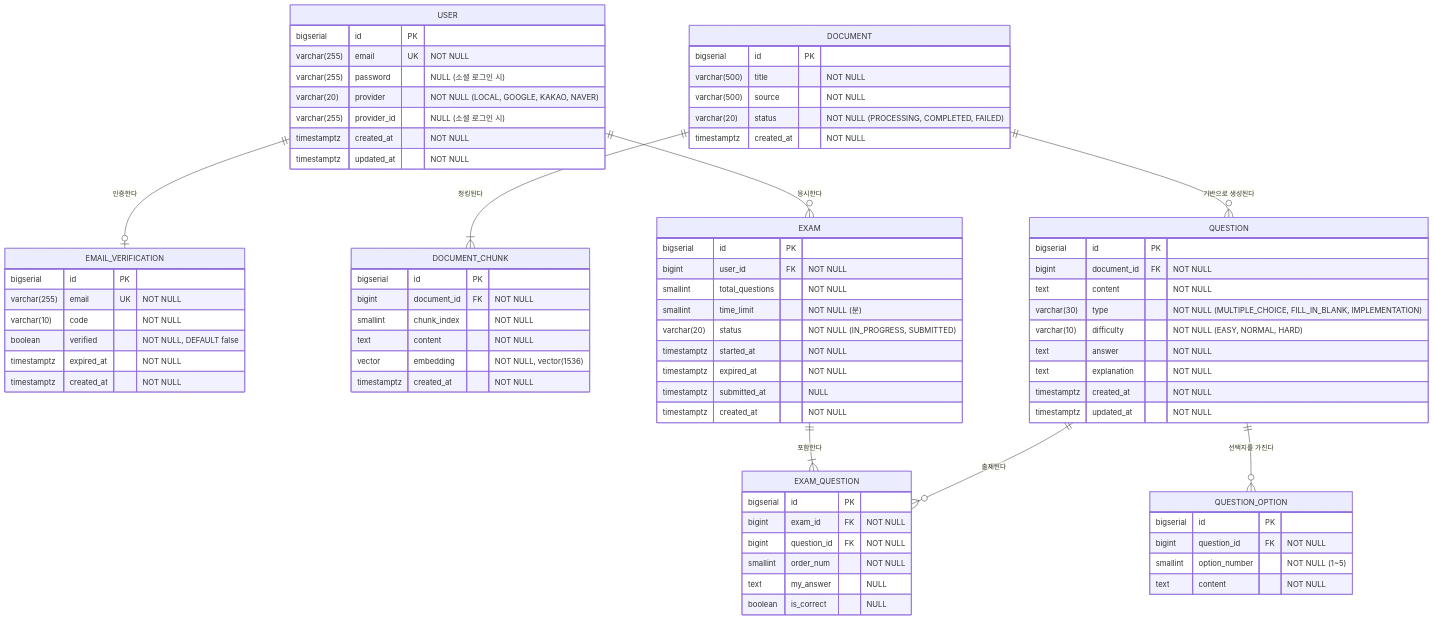
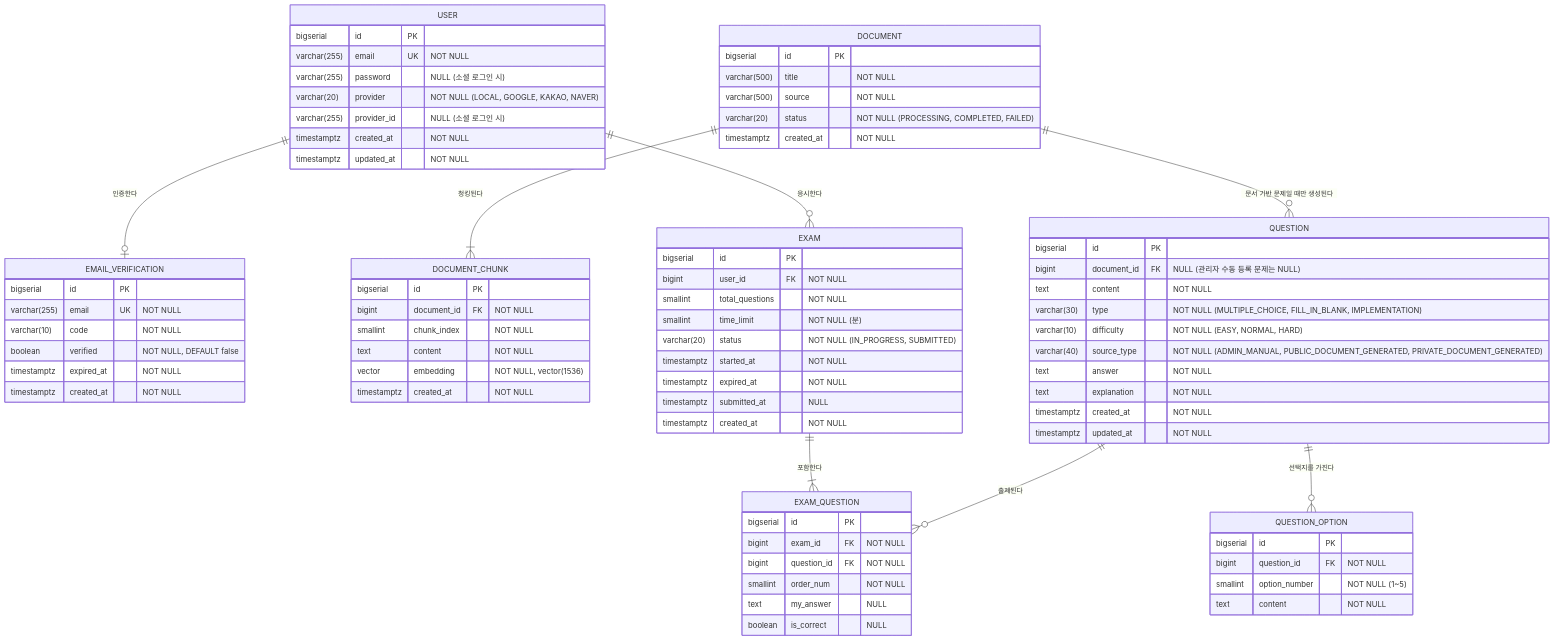
Before and after one commit to GaJaMy/TMK: the diagram in docs/ERD 설계.md, drawn with Mermaid. The commit also changed other lines of this file and 167 other files, not shown here.

```diff
--- a/docs/ERD 설계.md
+++ b/docs/ERD 설계.md
@@ -49,10 +49,11 @@
 
     QUESTION {
         bigserial id PK
-        bigint document_id FK "NOT NULL"
+        bigint document_id FK "NULL (관리자 수동 등록 문제는 NULL)"
         text content "NOT NULL"
         varchar(30) type "NOT NULL (MULTIPLE_CHOICE, FILL_IN_BLANK, IMPLEMENTATION)"
         varchar(10) difficulty "NOT NULL (EASY, NORMAL, HARD)"
+        varchar(40) source_type "NOT NULL (ADMIN_MANUAL, PUBLIC_DOCUMENT_GENERATED, PRIVATE_DOCUMENT_GENERATED)"
         text answer "NOT NULL"
         text explanation "NOT NULL"
         timestamptz created_at "NOT NULL"
@@ -90,7 +91,7 @@
     USER ||--o{ EXAM : "응시한다"
     USER ||--o| EMAIL_VERIFICATION : "인증한다"
     DOCUMENT ||--|{ DOCUMENT_CHUNK : "청킹된다"
-    DOCUMENT ||--o{ QUESTION : "기반으로 생성된다"
+    DOCUMENT ||--o{ QUESTION : "문서 기반 문제일 때만 생성된다"
     QUESTION ||--o{ QUESTION_OPTION : "선택지를 가진다"
     EXAM ||--|{ EXAM_QUESTION : "포함한다"
     QUESTION ||--o{ EXAM_QUESTION : "출제된다"
```
